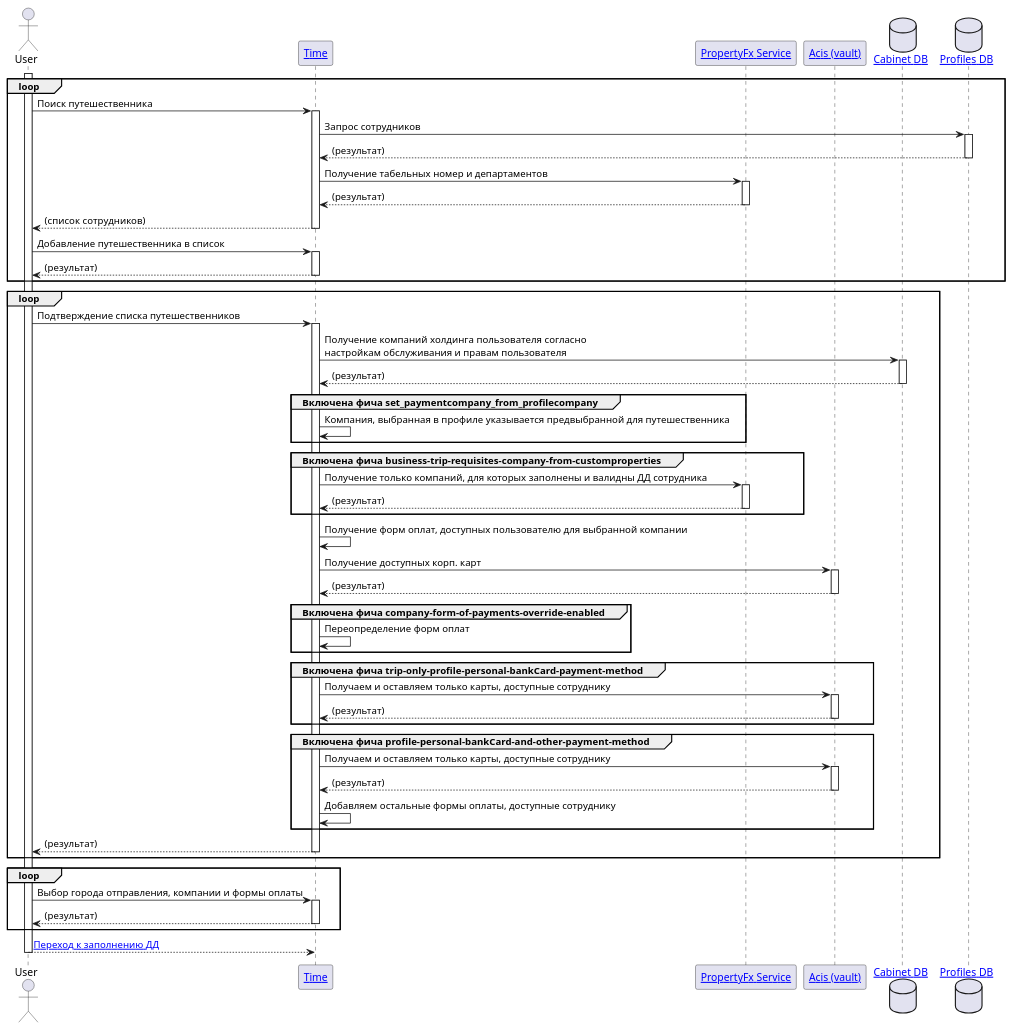
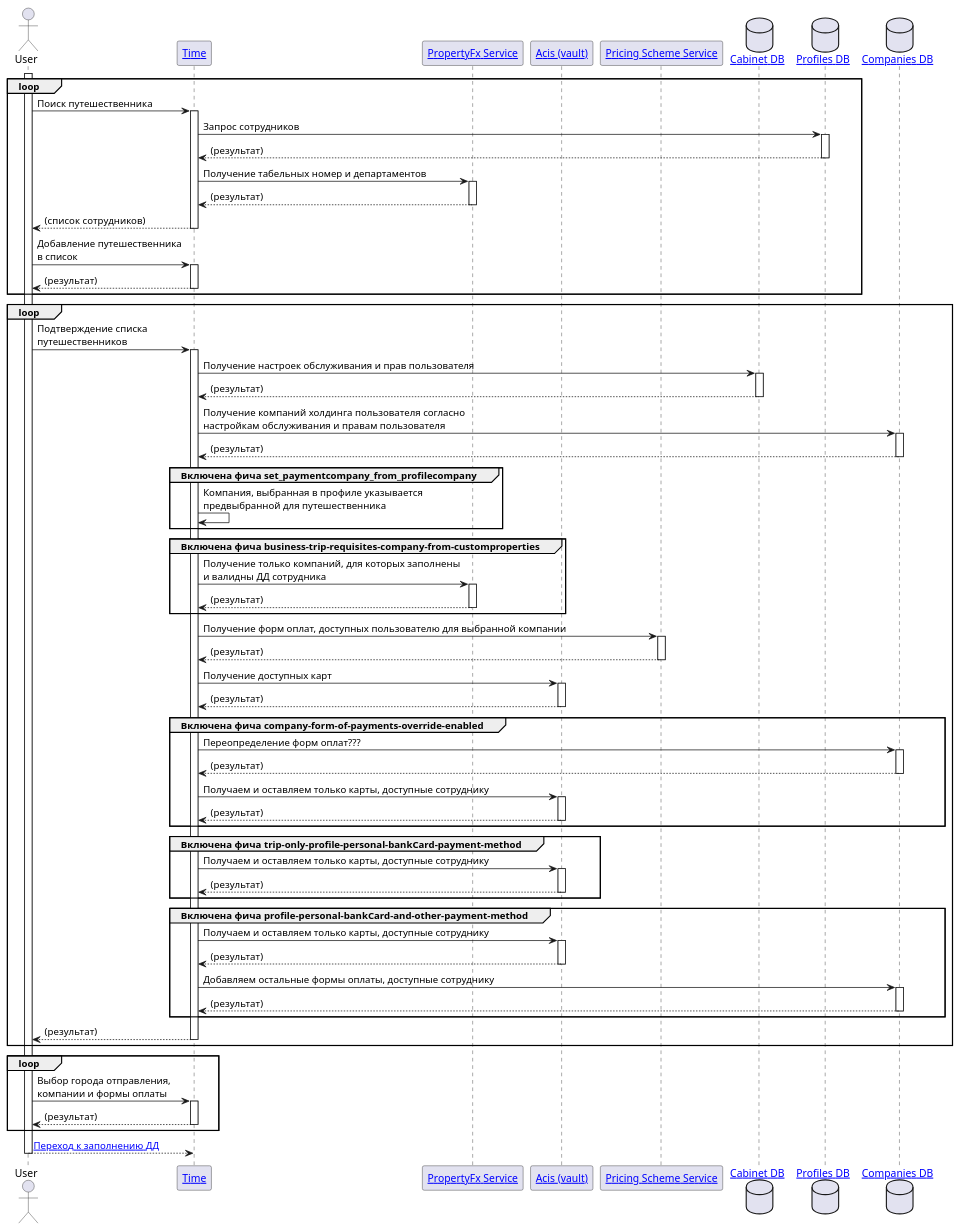
The diagram in workspace/arch/puml/time/businesstrip/creation/traveller.puml (aleksandr-bit1/test), drawn with PlantUML before and after one commit. The commit also changed 2 other files, not shown here.

```diff
--- a/workspace/arch/puml/time/businesstrip/creation/traveller.puml
+++ b/workspace/arch/puml/time/businesstrip/creation/traveller.puml
@@ -1,59 +1,68 @@
 @startuml
 'https://plantuml.com/sequence-diagram
 
 
 actor User
 participant "[[/architect/components/applications.time Time]]" as Time
 participant "[[/architect/components/services.propertyfx PropertyFx Service]]" as PropertyFx
 participant "[[/architect/components/services.vault Acis (vault)]]" as Acis
+participant "[[/architect/components/services.pricingscheme Pricing Scheme Service]]" as PricingScheme
 database "[[/architect/components/db.cabinet Cabinet DB]]" as Cabinet
 database "[[/architect/components/db.profiles Profiles DB]]" as Profiles
+database "[[/architect/components/db.companies Companies DB]]" as Companies
 
 activate User
 
 loop
     User -> Time ++ : Поиск путешественника
     Time -> Profiles ++ : Запрос сотрудников
     return (результат)
     Time -> PropertyFx ++ : Получение табельных номер и департаментов
     return (результат)
     return (список сотрудников)
-    User -> Time ++ : Добавление путешественника в список
+    User -> Time ++ : Добавление путешественника\nв список
     return (результат)
 end
 loop
-    User -> Time ++ : Подтверждение списка путешественников
-    Time -> Cabinet ++ : Получение компаний холдинга пользователя согласно \nнастройкам обслуживания и правам пользователя
+    User -> Time ++ : Подтверждение списка\nпутешественников
+    Time -> Cabinet ++ : Получение настроек обслуживания и прав пользователя
+    return (результат)
+    Time -> Companies ++ : Получение компаний холдинга пользователя согласно \nнастройкам обслуживания и правам пользователя
     return (результат)
     group Включена фича set_paymentcompany_from_profilecompany
-        Time -> Time : Компания, выбранная в профиле указывается предвыбранной для путешественника
+        Time -> Time : Компания, выбранная в профиле указывается\nпредвыбранной для путешественника
     end
     group Включена фича business-trip-requisites-company-from-customproperties
-        Time -> PropertyFx ++ : Получение только компаний, для которых заполнены и валидны ДД сотрудника
+        Time -> PropertyFx ++ : Получение только компаний, для которых заполнены\nи валидны ДД сотрудника
         return (результат)
     end
-    Time -> Time : Получение форм оплат, доступных пользователю для выбранной компании
-    Time -> Acis ++ : Получение доступных корп. карт
+    Time -> PricingScheme ++ : Получение форм оплат, доступных пользователю для выбранной компании
+    return (результат)
+    Time -> Acis ++ : Получение доступных карт
     return (результат)
     group Включена фича company-form-of-payments-override-enabled
-        Time -> Time : Переопределение форм оплат
+        Time -> Companies ++ : Переопределение форм оплат???
+        return (результат)
+        Time -> Acis ++ : Получаем и оставляем только карты, доступные сотруднику
+        return (результат)
     end
     group Включена фича trip-only-profile-personal-bankCard-payment-method
         Time -> Acis ++ : Получаем и оставляем только карты, доступные сотруднику
         return (результат)
     end
     group Включена фича profile-personal-bankCard-and-other-payment-method
         Time -> Acis ++ : Получаем и оставляем только карты, доступные сотруднику
         return (результат)
-        Time -> Time : Добавляем остальные формы оплаты, доступные сотруднику
+        Time -> Companies ++ : Добавляем остальные формы оплаты, доступные сотруднику
+        return (результат)
     end
     return (результат)
 end
 loop
-    User -> Time ++ : Выбор города отправления, компании и формы оплаты
+    User -> Time ++ : Выбор города отправления,\nкомпании и формы оплаты
     return (результат)
 end
 User --> Time : [[applications.time.businesstrip.creation.custom_property Переход к заполнению ДД]]
 
 deactivate User
 @enduml
```
